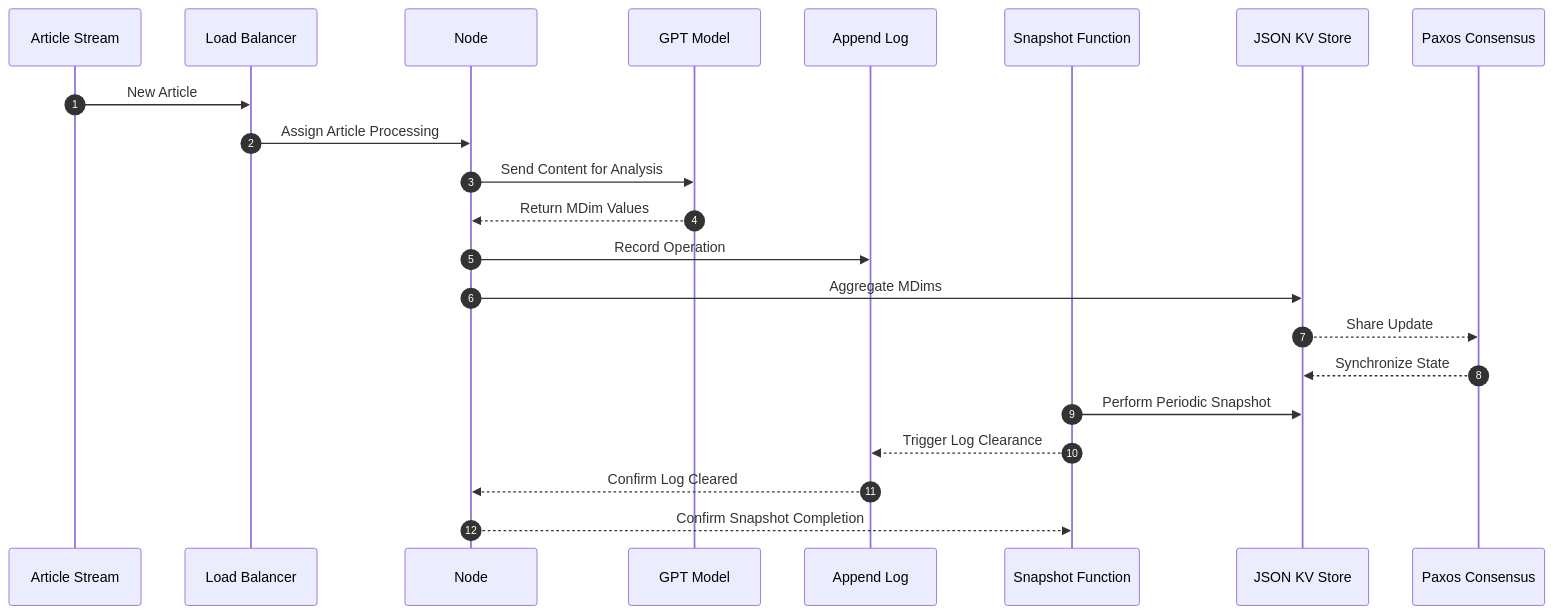
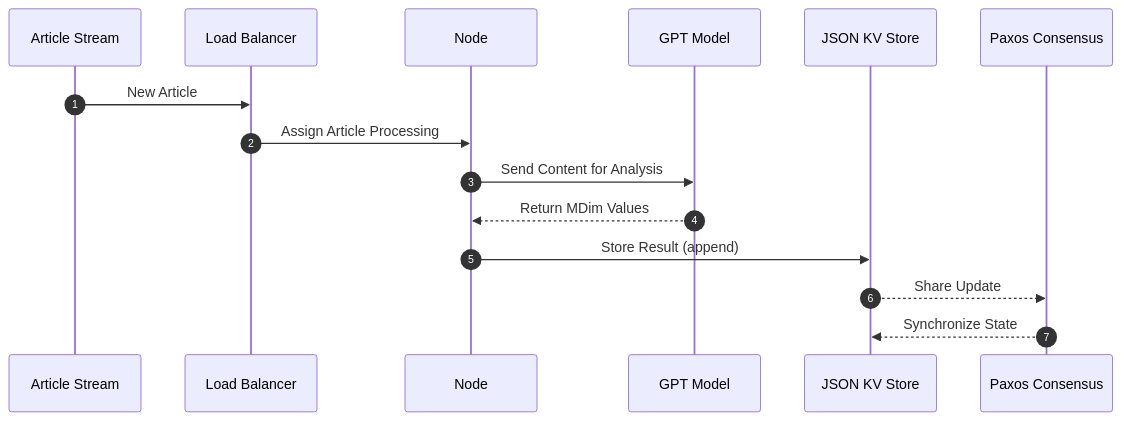
The eighth of 8 diagrams in README.md (L0Lmaker/DistributedSemanticAnalysis), drawn with Mermaid before and after one commit. The commit also changed other lines of this file, not shown here.

````diff
--- a/README.md
+++ b/README.md
@@ -137,24 +314,19 @@
 ```mermaid
 sequenceDiagram
     autonumber
     participant A as Article Stream
     participant LB as Load Balancer
     participant N as Node
     participant G as GPT Model
-    participant L as Append Log
-    participant S as Snapshot Function
+    
+    
     participant J as JSON KV Store
     participant P as Paxos Consensus
     A ->> LB: New Article
     LB ->> N: Assign Article Processing
     N ->> G: Send Content for Analysis
     G -->> N: Return MDim Values
-    N ->> L: Record Operation
-    N ->> J: Aggregate MDims
+    N ->> J: Store Result (append)
     J -->> P: Share Update
     P -->> J: Synchronize State
-    S ->> J: Perform Periodic Snapshot
-    S -->> L: Trigger Log Clearance
-    L -->> N: Confirm Log Cleared
-    N -->> S: Confirm Snapshot Completion
 ```
````
